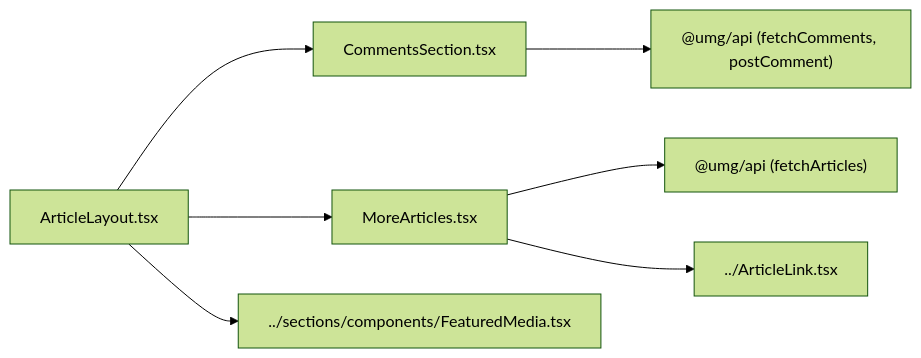
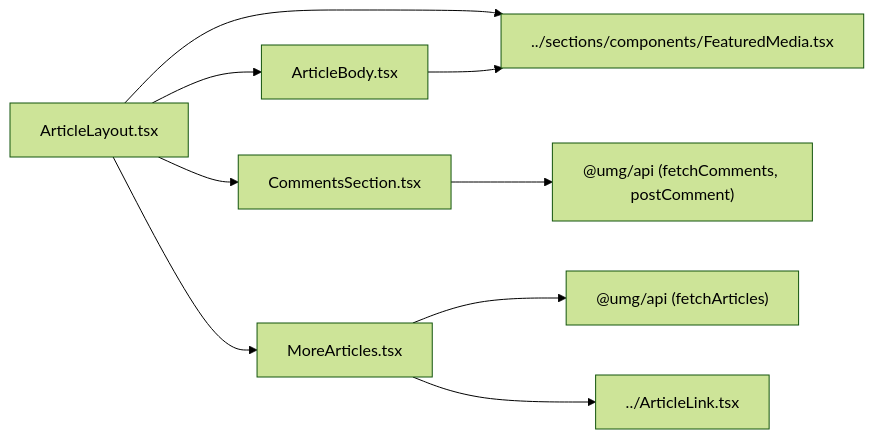
One commit to huuaho/umg-headless changed the diagram in docs/codebase/packages/ui/article/README.md. Above: the diagram before and after it, drawn with Mermaid (forest theme). The commit also changed other lines of this file and 9 other files, not shown here.

````diff
--- a/docs/codebase/packages/ui/article/README.md
+++ b/docs/codebase/packages/ui/article/README.md
@@ -13,9 +14,11 @@
 ```mermaid
 graph LR
-  AL[ArticleLayout.tsx] --> CS[CommentsSection.tsx]
+  AL[ArticleLayout.tsx] --> AB[ArticleBody.tsx]
+  AL --> CS[CommentsSection.tsx]
   AL --> MA[MoreArticles.tsx]
   AL --> FM[../sections/components/FeaturedMedia.tsx]
+  AB --> FM
   CS --> api["@umg/api (fetchComments, postComment)"]
   MA --> api2["@umg/api (fetchArticles)"]
   MA --> ALink[../ArticleLink.tsx]
 ```
````
